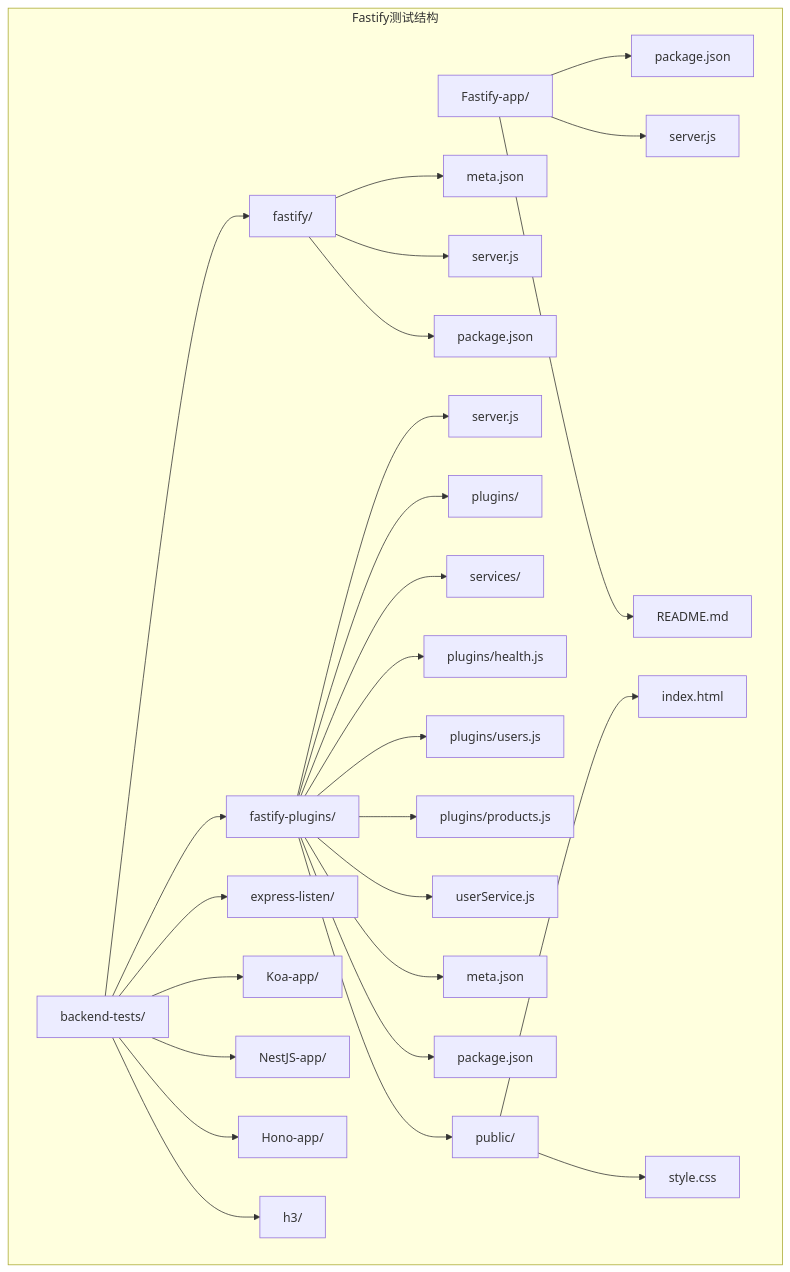
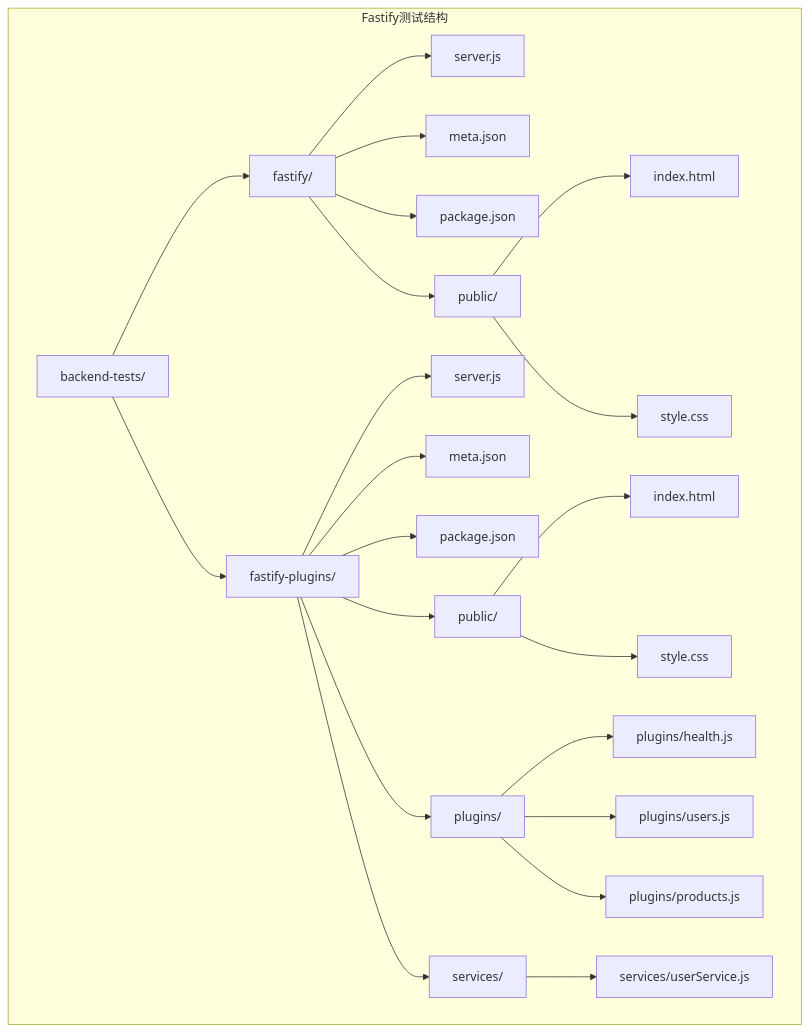
One commit to esa-sp/test-for-aone-ci changed the first of 14 diagrams in .qoder/repowiki/zh/content/后端框架测试/Fastify高性能框架测试.md. Above: the diagram before and after it, drawn with Mermaid. The commit also changed other lines of this file and 31 other files, not shown here.

````diff
--- a/.qoder/repowiki/zh/content/后端框架测试/Fastify高性能框架测试.md
+++ b/.qoder/repowiki/zh/content/后端框架测试/Fastify高性能框架测试.md
@@ -67,30 +57,25 @@
 ```mermaid
 graph TB
 subgraph "Fastify测试结构"
-FA[Fastify-app/] --> FAPkg[package.json]
-FA --> FAServer[server.js]
-FA --> FAReadme[README.md]
 BT[backend-tests/] --> FB[fastify/]
+FB --> FBServer[server.js]
 FB --> FBMeta[meta.json]
-FB --> FBServer[server.js]
-FB --> FBPackage[package.json]
+FB --> FBPkg[package.json]
+FB --> FBStatic[public/]
+FBStatic --> FBIndex[index.html]
+FBStatic --> FBStyle[style.css]
 BT --> FP[fastify-plugins/]
 FP --> FPServer[server.js]
+FP --> FPMeta[meta.json]
+FP --> FPPkg[package.json]
 FP --> FPPlugins[plugins/]
 FP --> FPService[services/]
-FP --> FPPluginsHealth[plugins/health.js]
-FP --> FPPluginsUsers[plugins/users.js]
-FP --> FPPluginsProducts[plugins/products.js]
-FP --> FPServiceUser[userService.js]
-FP --> FPMeta[meta.json]
-FP --> FPPackage[package.json]
 FP --> FPStatic[public/]
 FPStatic --> FPIndex[index.html]
 FPStatic --> FPStyle[style.css]
-BT --> EX[express-listen/]
-BT --> KO[Koa-app/]
-BT --> NE[NestJS-app/]
-BT --> HO[Hono-app/]
-BT --> H3[h3/]
+FPPlugins --> FPHealth[plugins/health.js]
+FPPlugins --> FPUsers[plugins/users.js]
+FPPlugins --> FPProducts[plugins/products.js]
+FPService --> FPUserService[services/userService.js]
 end
 ```
````
